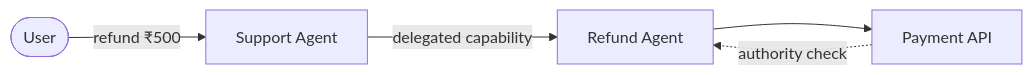
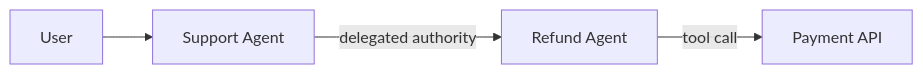
One commit to anubhav1450/agent-trust-lab changed the first of 11 diagrams in README.md. Above: the diagram before and after it, drawn with Mermaid. The commit also changed other lines of this file, not shown here.

````diff
--- a/README.md
+++ b/README.md
@@ -48,7 +9,6 @@
 ```mermaid
 flowchart LR
-    U([User]) -->|"refund ₹500"| SA[Support Agent]
-    SA -->|delegated capability| RA[Refund Agent]
-    RA --> PA[Payment API]
-    PA -.authority check.-> RA
+    U[User] --> S[Support Agent]
+    S -->|delegated authority| R[Refund Agent]
+    R -->|tool call| P[Payment API]
 ```
````
